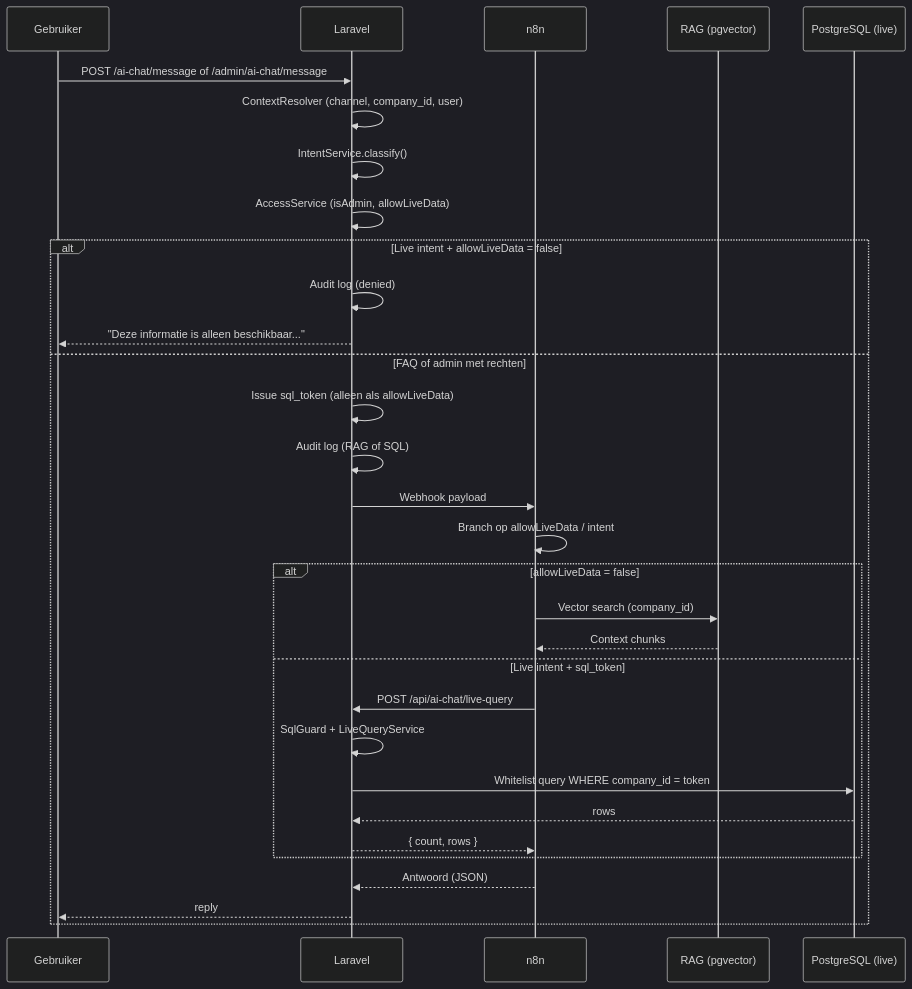
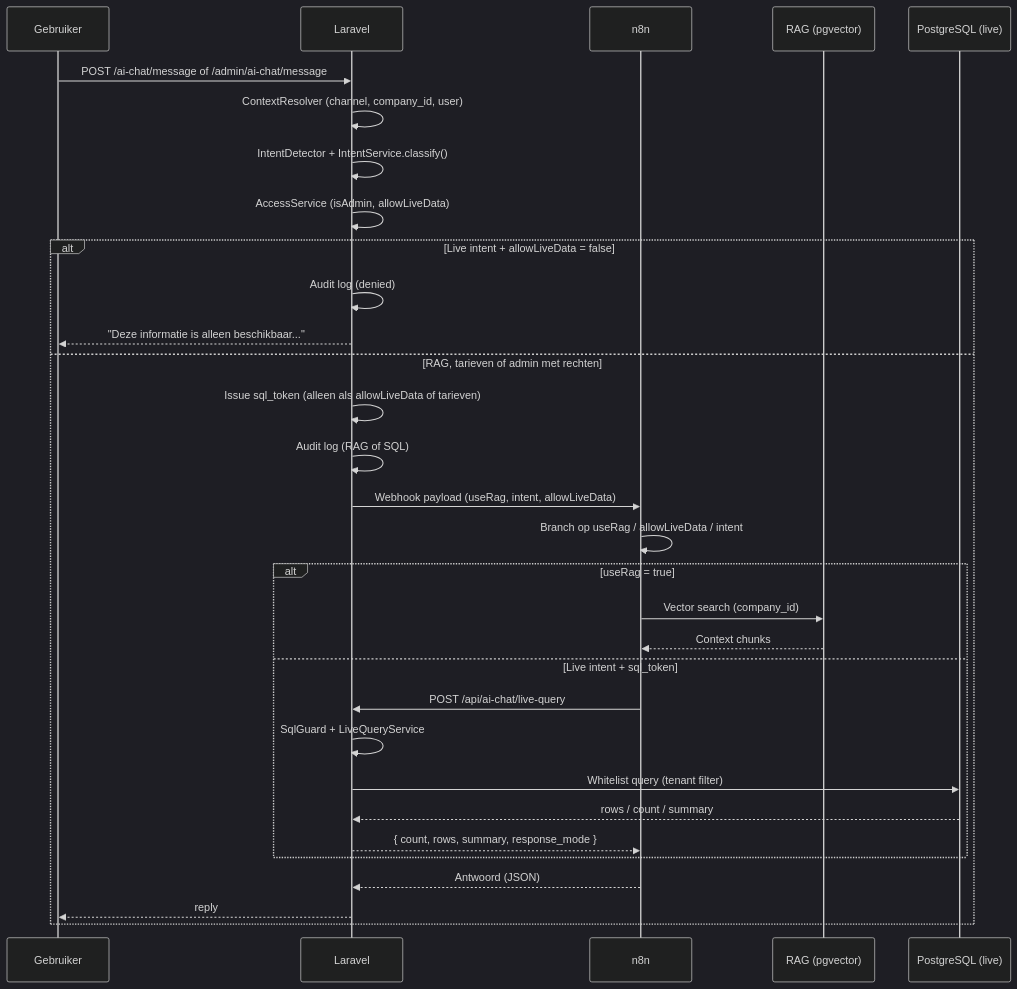
The diagram in backend/docs/AI-CHAT-RBAC-ARCHITECTURE.md (mtosun-mebura/nexa-cursor), drawn with Mermaid (dark theme) before and after one commit. The commit also changed other lines of this file and 187 other files, not shown here.

````diff
--- a/backend/docs/AI-CHAT-RBAC-ARCHITECTURE.md
+++ b/backend/docs/AI-CHAT-RBAC-ARCHITECTURE.md
@@ -188,37 +259,37 @@
 ```mermaid
 sequenceDiagram
     participant U as Gebruiker
     participant L as Laravel
     participant N as n8n
     participant R as RAG (pgvector)
     participant DB as PostgreSQL (live)
 
     U->>L: POST /ai-chat/message of /admin/ai-chat/message
     L->>L: ContextResolver (channel, company_id, user)
-    L->>L: IntentService.classify()
+    L->>L: IntentDetector + IntentService.classify()
     L->>L: AccessService (isAdmin, allowLiveData)
 
     alt Live intent + allowLiveData = false
         L->>L: Audit log (denied)
         L-->>U: "Deze informatie is alleen beschikbaar..."
-    else FAQ of admin met rechten
-        L->>L: Issue sql_token (alleen als allowLiveData)
+    else RAG, tarieven of admin met rechten
+        L->>L: Issue sql_token (alleen als allowLiveData of tarieven)
         L->>L: Audit log (RAG of SQL)
-        L->>N: Webhook payload
-        N->>N: Branch op allowLiveData / intent
+        L->>N: Webhook payload (useRag, intent, allowLiveData)
+        N->>N: Branch op useRag / allowLiveData / intent
 
-        alt allowLiveData = false
+        alt useRag = true
             N->>R: Vector search (company_id)
             R-->>N: Context chunks
         else Live intent + sql_token
             N->>L: POST /api/ai-chat/live-query
             L->>L: SqlGuard + LiveQueryService
-            L->>DB: Whitelist query WHERE company_id = token
-            DB-->>L: rows
-            L-->>N: { count, rows }
+            L->>DB: Whitelist query (tenant filter)
+            DB-->>L: rows / count / summary
+            L-->>N: { count, rows, summary, response_mode }
         end
 
         N-->>L: Antwoord (JSON)
         L-->>U: reply
     end
 ```
````
